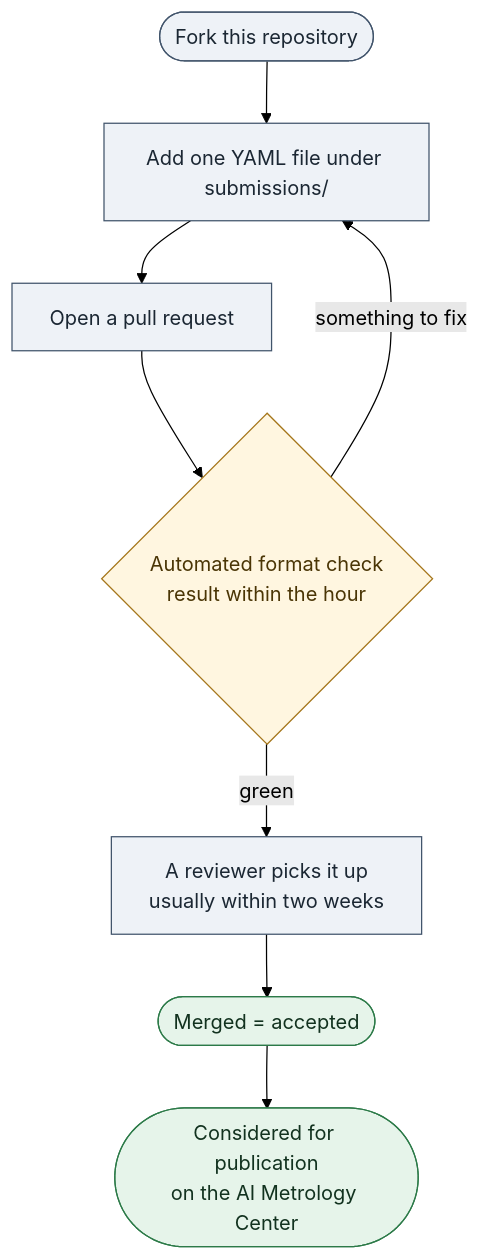
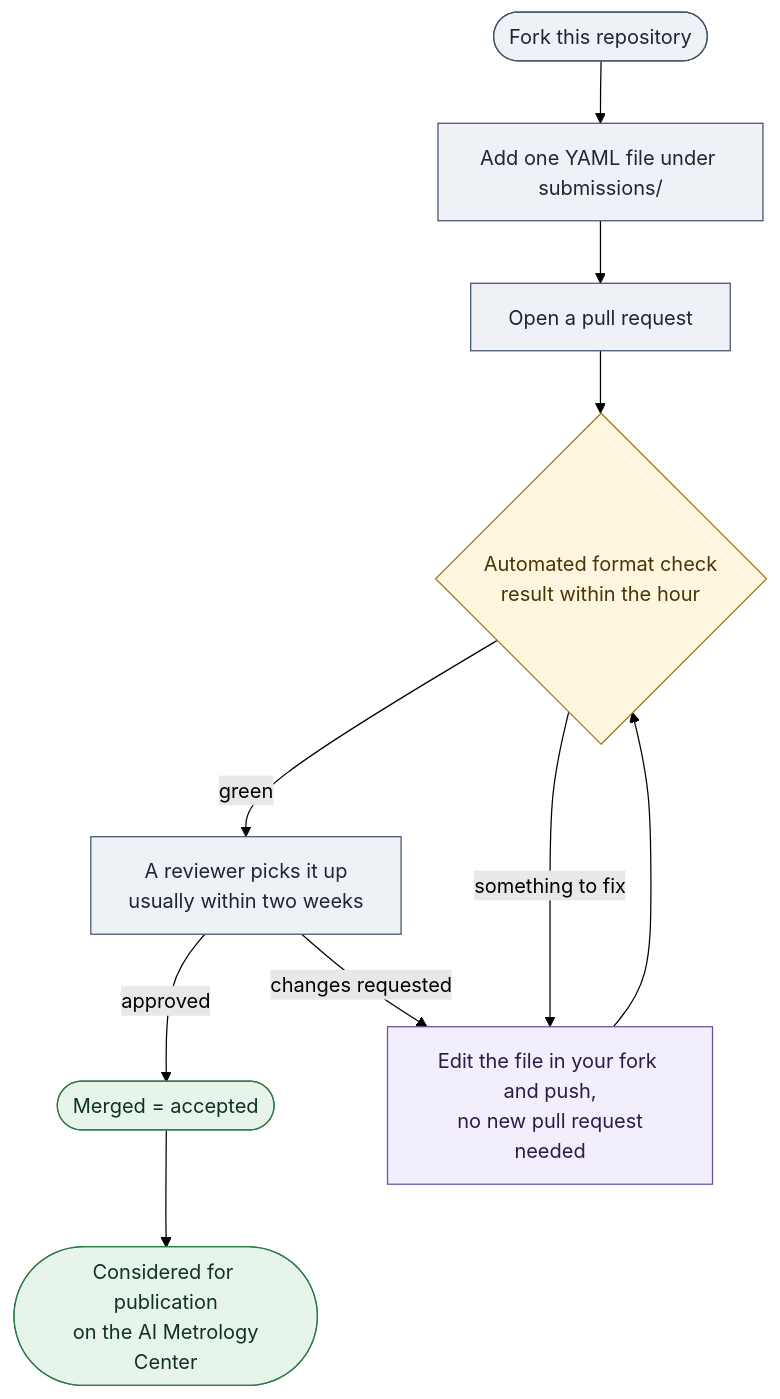
Before and after one commit to usnistgov/ai-metrology-submissions: the diagram in README.md, drawn with Mermaid (forest theme). The commit also changed other lines of this file, not shown here.

Commit message:
fixes to flowchart

````diff
--- a/README.md
+++ b/README.md
@@ -26,17 +26,23 @@
 ```mermaid
 flowchart TD
     A(["Fork this repository"]) --> B["Add one YAML file under submissions/"]
     B --> C["Open a pull request"]
-    C --> D{"Automated format check<br/>result within the hour"}
-    D -->|"something to fix"| B
-    D -->|"green"| E["A reviewer picks it up<br/>usually within two weeks"]
-    E --> F(["Merged = accepted"])
-    F --> G(["Considered for publication<br/>on the AI Metrology Center"])
+    C --> D{"Automated format check<br/> result within the hour"}
+    D -->|"green"| E["A reviewer picks it up<br/> usually within two weeks"]
+    E -->|"approved"| F(["Merged = accepted"])
+    F --> G(["Considered for publication<br/> on the AI Metrology Center"])
+
+    R["Edit the file in your fork and push,<br/> no new pull request needed"]
+    D -->|"something to fix"| R
+    E -->|"changes requested"| R
+    R --> D
 
     classDef step fill:#eef2f7,stroke:#41546b,stroke-width:1px,color:#1b2733
     classDef gate fill:#fff6e0,stroke:#a5761b,stroke-width:1px,color:#4a3505
     classDef done fill:#e6f4ea,stroke:#2c7a48,stroke-width:1px,color:#12321f
+    classDef revise fill:#f2eefb,stroke:#6b4fa5,stroke-width:1px,color:#2a1d45
     class A,B,C,E step
     class D gate
+    class R revise
     class F,G done
 ```
````
